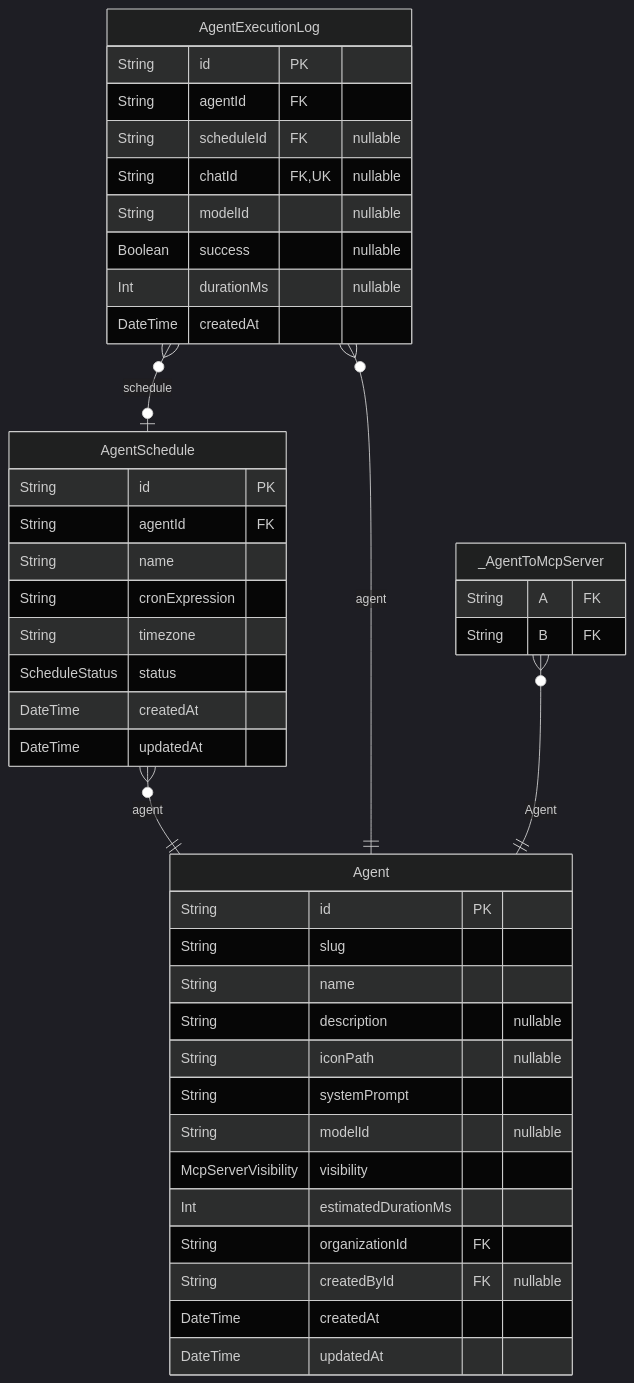
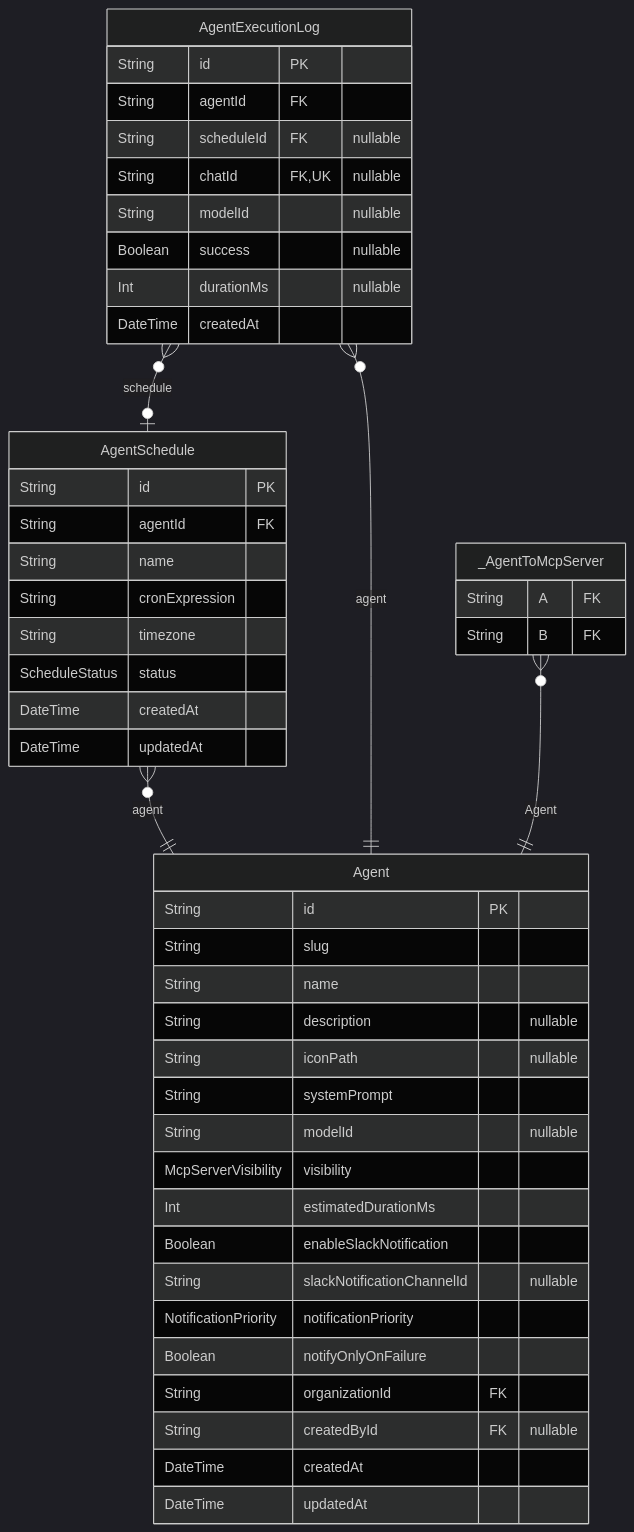
Before and after one commit to rayven122/tumiki: the first of 10 diagrams in packages/db/prisma/README.md, drawn with Mermaid (dark theme). The commit also changed other lines of this file and 19 other files, not shown here.

First line of the commit message:
feat(notification): implement Slack notification for agent execution (Phase 1)

````diff
--- a/packages/db/prisma/README.md
+++ b/packages/db/prisma/README.md
@@ -16,46 +18,50 @@
 ```mermaid
 erDiagram
 "Agent" {
   String id PK
   String slug
   String name
   String description "nullable"
   String iconPath "nullable"
   String systemPrompt
   String modelId "nullable"
   McpServerVisibility visibility
   Int estimatedDurationMs
+  Boolean enableSlackNotification
+  String slackNotificationChannelId "nullable"
+  NotificationPriority notificationPriority
+  Boolean notifyOnlyOnFailure
   String organizationId FK
   String createdById FK "nullable"
   DateTime createdAt
   DateTime updatedAt
 }
 "AgentSchedule" {
   String id PK
   String agentId FK
   String name
   String cronExpression
   String timezone
   ScheduleStatus status
   DateTime createdAt
   DateTime updatedAt
 }
 "AgentExecutionLog" {
   String id PK
   String agentId FK
   String scheduleId FK "nullable"
   String chatId FK,UK "nullable"
   String modelId "nullable"
   Boolean success "nullable"
   Int durationMs "nullable"
   DateTime createdAt
 }
 "_AgentToMcpServer" {
   String A FK
   String B FK
 }
 "AgentSchedule" }o--|| "Agent" : agent
 "AgentExecutionLog" }o--|| "Agent" : agent
 "AgentExecutionLog" }o--o| "AgentSchedule" : schedule
 "_AgentToMcpServer" }o--|| "Agent" : Agent
 ```
````
